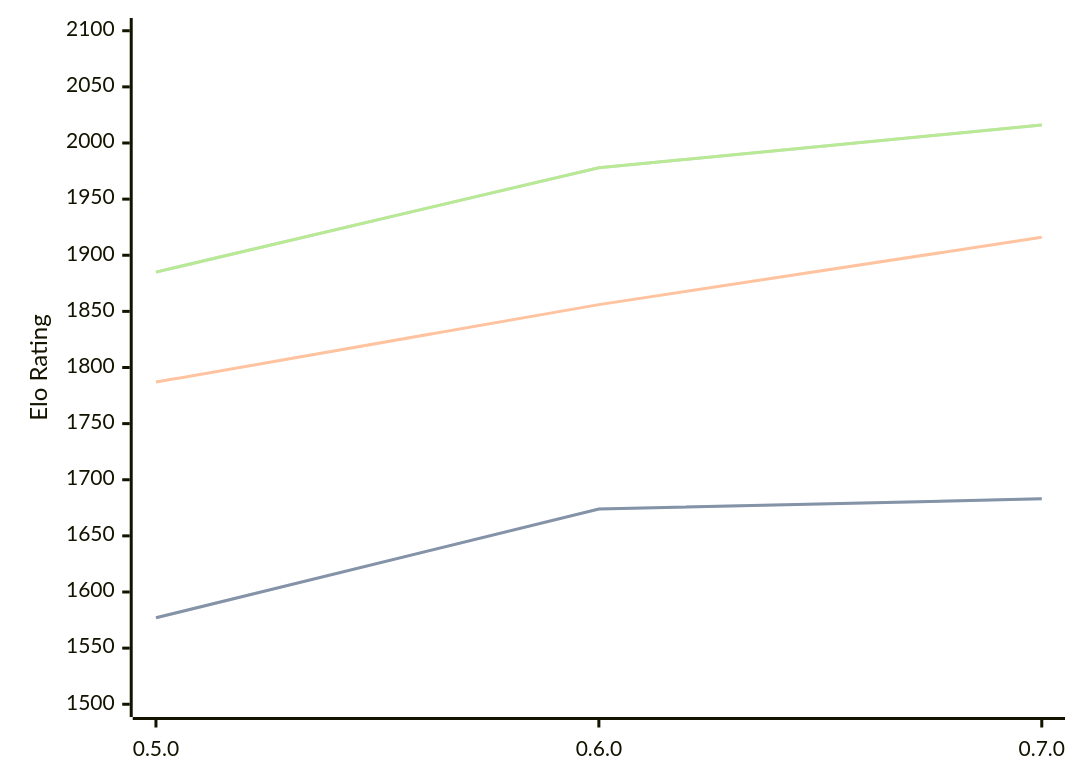
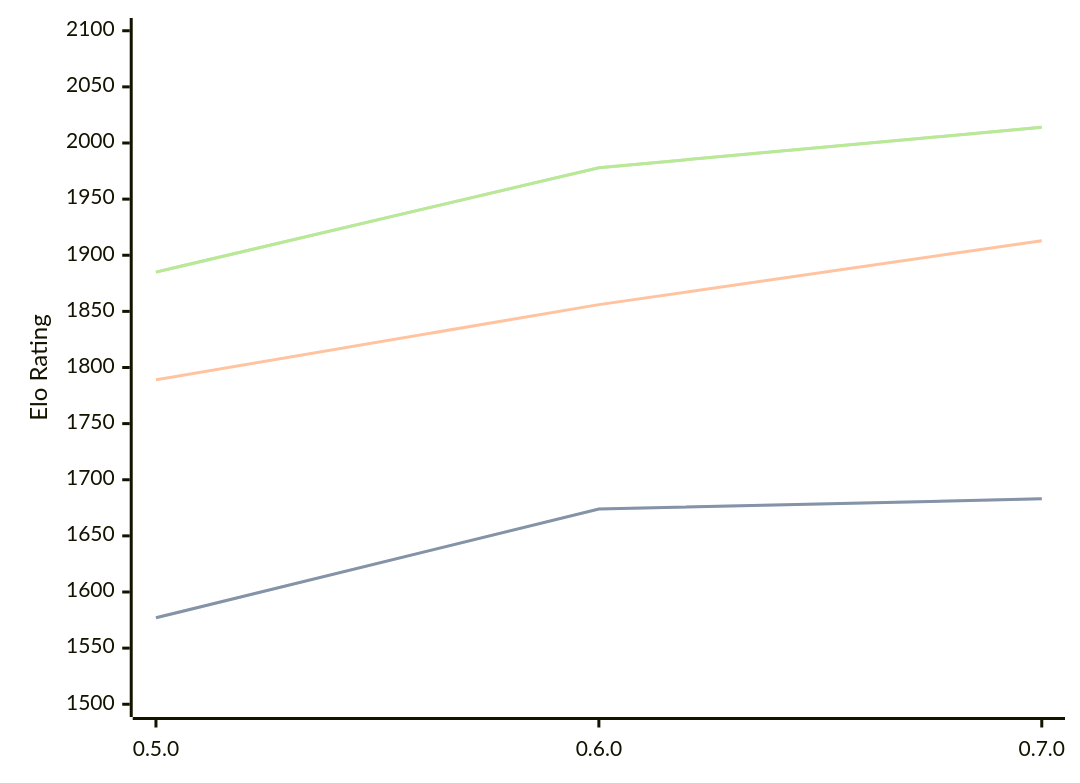
The diagram in engines/Chess-rs.md (computer-chess-index/cci), drawn with Mermaid before and after one commit. The commit also changed other lines of this file, not shown here.

Commit message:
Update CCI Ratings (ELO VLTC) - 2026-08-20

````diff
--- a/engines/Chess-rs.md
+++ b/engines/Chess-rs.md
@@ -33,11 +33,11 @@
 ```mermaid
 %%{init: {"theme":"base","themeVariables":{"seriesColors:['#a3a3a3','#222221','#faa371']}}}%%
 xychart-beta
   x-axis ["0.5.0", "0.6.0", "0.7.0"]
   y-axis "Elo Rating" 1500 --> 2100
   line "STC (8.0+0.08s)" [1577, 1674, 1683]
   line "STC (8.0+0.08s)" [1577, 1674, 1683]
-  line "LTC (60.0+0.60s)" [1787, 1856, 1916]
-  line "VLTC (2m24s+1.12s)" [1885, 1978, 2016]
-  line "VLTC (2m24s+1.12s)" [1885, 1978, 2016]
+  line "LTC (60.0+0.60s)" [1789, 1856, 1913]
+  line "VLTC (2m24s+1.12s)" [1885, 1978, 2014]
+  line "VLTC (2m24s+1.12s)" [1885, 1978, 2014]
 ```
````
